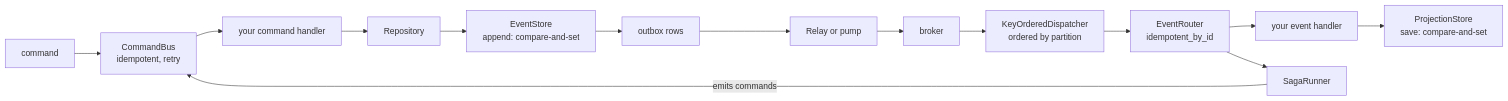
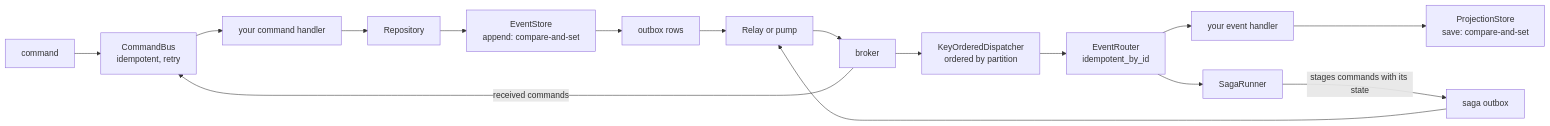
Before and after one commit to haskian/edax: the first of 2 diagrams in docs/sdk/README.md, drawn with Mermaid. The commit also changed other lines of this file and 154 other files, not shown here.

````diff
--- a/docs/sdk/README.md
+++ b/docs/sdk/README.md
@@ -12,16 +14,18 @@
 ```mermaid
 flowchart LR
     CMD["command"] --> BUS["CommandBus<br/>idempotent, retry"]
     BUS --> H["your command handler"]
     H --> REPO["Repository"]
     REPO --> ES["EventStore<br/>append: compare-and-set"]
     ES --> OB["outbox rows"]
     OB --> REL["Relay or pump"]
     REL --> BR["broker"]
     BR --> DISP["KeyOrderedDispatcher<br/>ordered by partition"]
     DISP --> RT["EventRouter<br/>idempotent_by_id"]
     RT --> EH["your event handler"]
     EH --> PS["ProjectionStore<br/>save: compare-and-set"]
     RT --> SAGA["SagaRunner"]
-    SAGA -->|"emits commands"| BUS
+    SAGA -->|"stages commands with its state"| SO["saga outbox"]
+    SO --> REL
+    BR -->|"received commands"| BUS
 ```
````
